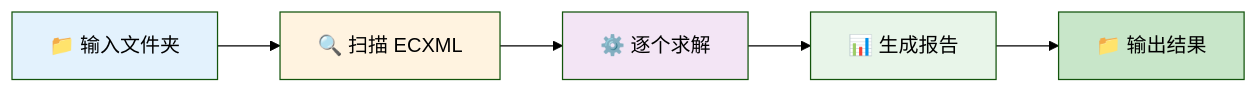
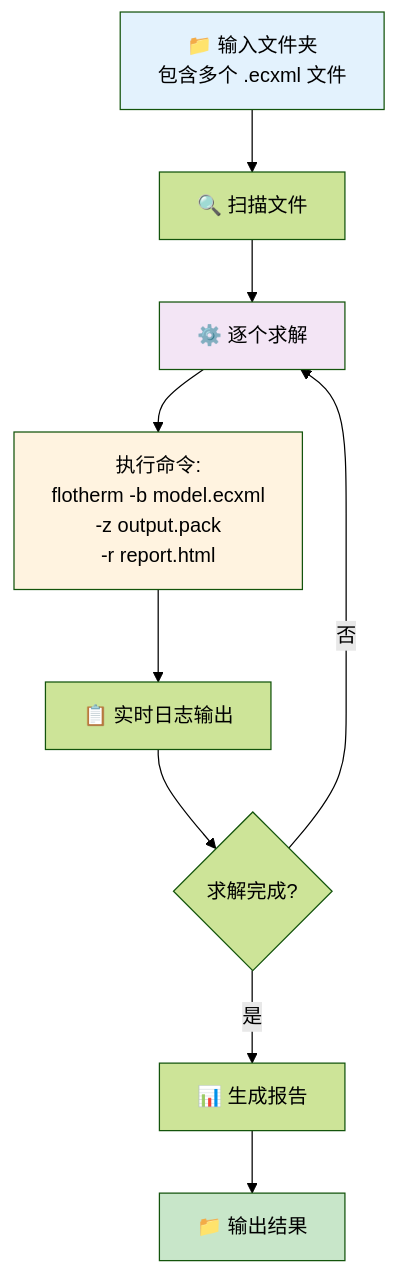
Before and after one commit to lixiekun/flotherm-automation: the diagram in README.md, drawn with Mermaid (forest theme). The commit also changed other lines of this file, not shown here.

Commit message:
docs: 优化流程图为竖向布局并添加命令说明
- 改为竖向流程图
- 在流程中展示实际执行的命令
- 添加命令参数说明表格

````diff
--- a/README.md
+++ b/README.md
@@ -139,13 +139,16 @@
 ```mermaid
-flowchart LR
-    A[📁 输入文件夹] --> B[🔍 扫描 ECXML]
+flowchart TB
+    A[📁 输入文件夹<br/>包含多个 .ecxml 文件] --> B[🔍 扫描文件]
     B --> C[⚙️ 逐个求解]
-    C --> D[📊 生成报告]
-    D --> E[📁 输出结果]
+    C --> D["执行命令:<br/>flotherm -b model.ecxml<br/>-z output.pack<br/>-r report.html"]
+    D --> E[📋 实时日志输出]
+    E --> F{求解完成?}
+    F -->|是| G[📊 生成报告]
+    F -->|否| C
+    G --> H[📁 输出结果]
 
     style A fill:#e3f2fd
-    style B fill:#fff3e0
     style C fill:#f3e5f5
-    style D fill:#e8f5e9
-    style E fill:#c8e6c9
+    style D fill:#fff3e0
+    style H fill:#c8e6c9
 ```
````
